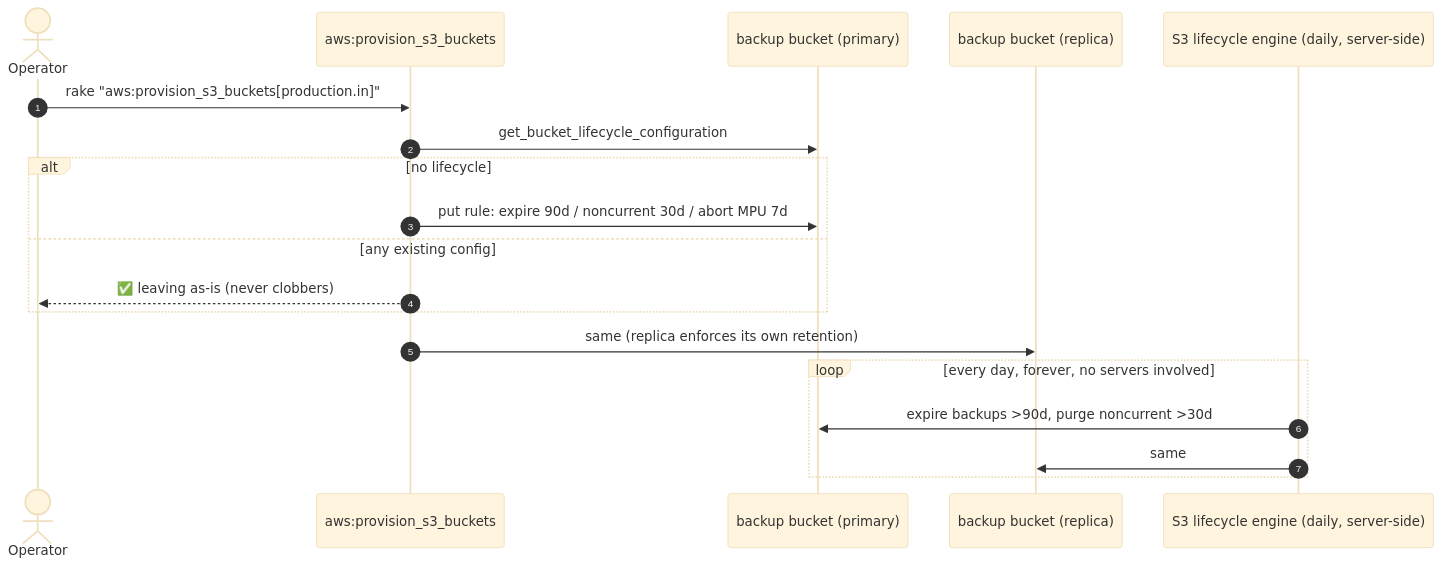
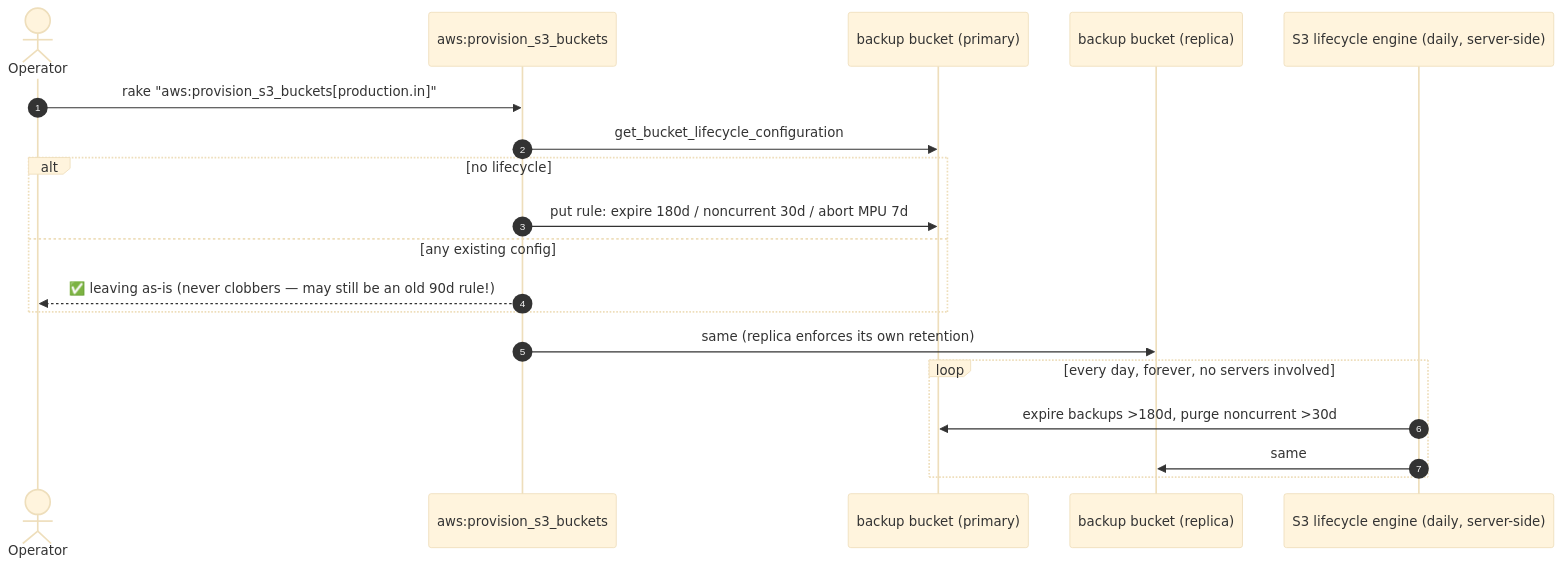
The diagram in docs/dr_review/point_08_backup_retention_lifecycle.md (sampadadiwan/IRM_CompanyMain), drawn with Mermaid (base theme) before and after one commit. The commit also changed other lines of this file and 3 other files, not shown here.

````diff
--- a/docs/dr_review/point_08_backup_retention_lifecycle.md
+++ b/docs/dr_review/point_08_backup_retention_lifecycle.md
@@ -36,22 +44,22 @@
 ```mermaid
 sequenceDiagram
     autonumber
     actor Op as Operator
     participant Rake as aws:provision_s3_buckets
     participant S3P as backup bucket (primary)
     participant S3R as backup bucket (replica)
     participant S3 as S3 lifecycle engine (daily, server-side)
 
     Op->>Rake: rake "aws:provision_s3_buckets[production.in]"
     Rake->>S3P: get_bucket_lifecycle_configuration
     alt no lifecycle
-        Rake->>S3P: put rule: expire 90d / noncurrent 30d / abort MPU 7d
+        Rake->>S3P: put rule: expire 180d / noncurrent 30d / abort MPU 7d
     else any existing config
-        Rake-->>Op: ✅ leaving as-is (never clobbers)
+        Rake-->>Op: ✅ leaving as-is (never clobbers — may still be an old 90d rule!)
     end
     Rake->>S3R: same (replica enforces its own retention)
     loop every day, forever, no servers involved
-        S3->>S3P: expire backups >90d, purge noncurrent >30d
+        S3->>S3P: expire backups >180d, purge noncurrent >30d
         S3->>S3R: same
     end
 ```
````
